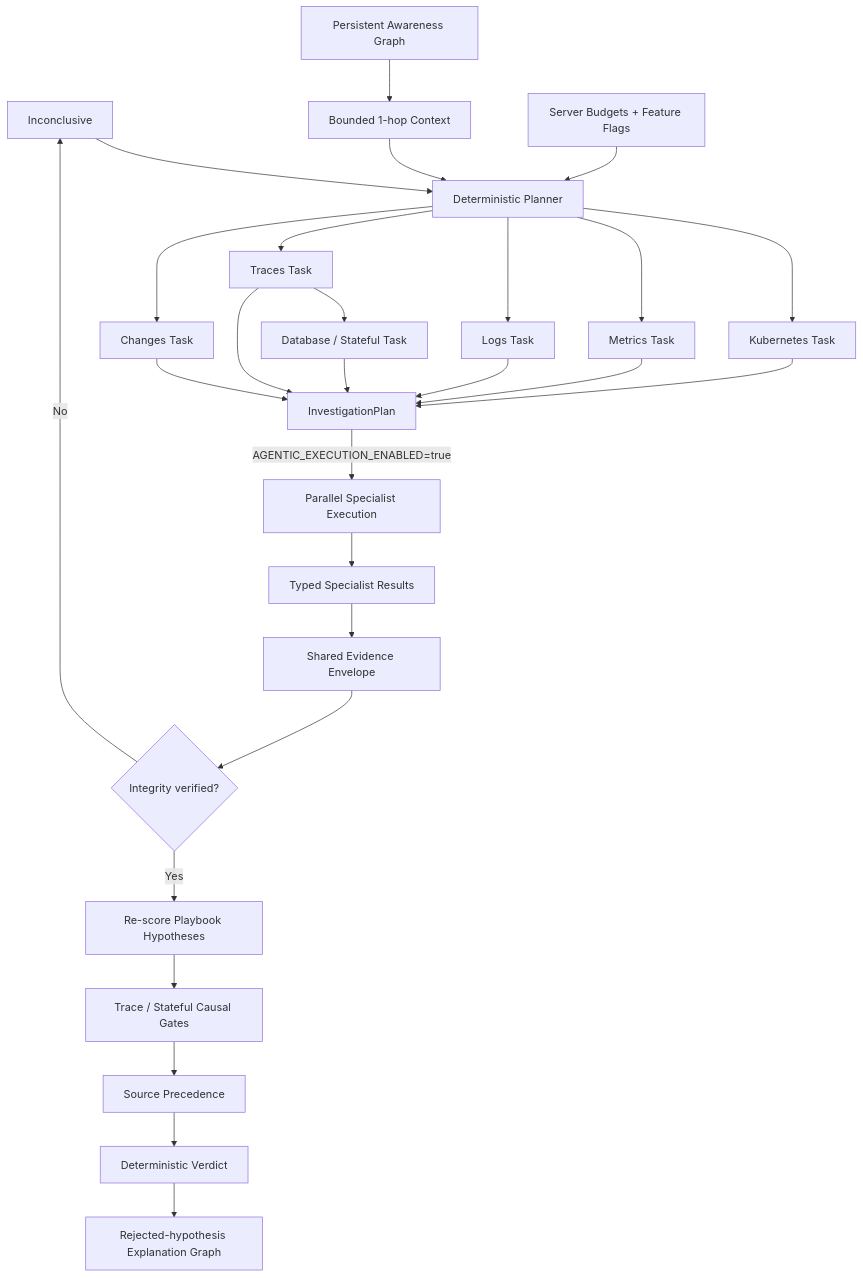
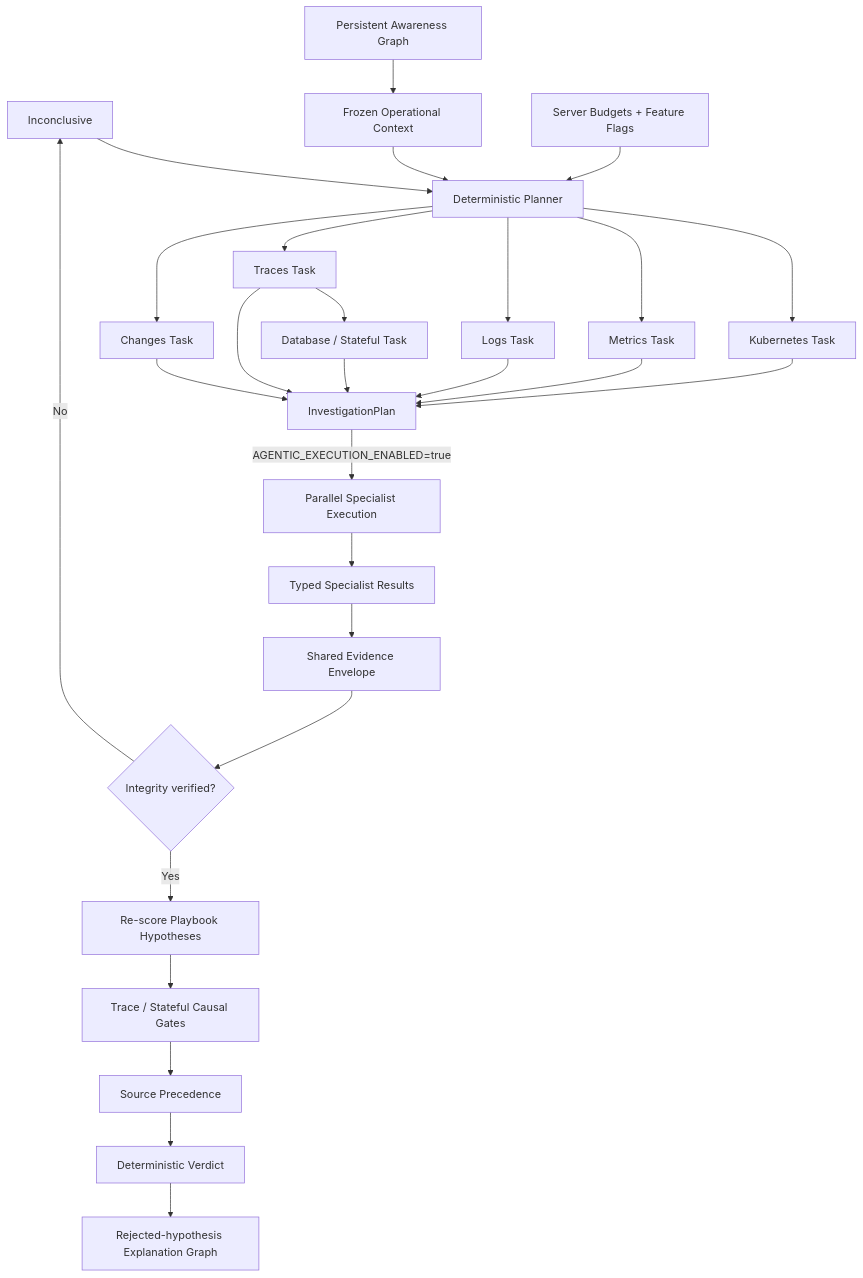
Diagram 24 of 26 in docs/architecture.md (marcocristofolini/ai-sre-rca), drawn with Mermaid before and after one commit. The commit also changed other lines of this file, not shown here.

Commit message:
docs: update bounded planner architecture

````diff
--- a/docs/architecture.md
+++ b/docs/architecture.md
@@ -588,32 +588,32 @@
 ```mermaid
 flowchart TD
     INC[IncidentInput] --> PLAN[Deterministic Planner]
-    PAG[Persistent Awareness Graph] --> CTX[Bounded 1-hop Context]
+    PAG[Persistent Awareness Graph] --> CTX[Frozen Operational Context]
     CTX --> PLAN
     CFG[Server Budgets + Feature Flags] --> PLAN
 
     PLAN --> K[Kubernetes Task]
     PLAN --> M[Metrics Task]
     PLAN --> L[Logs Task]
     PLAN --> T[Traces Task]
     T --> DB[Database / Stateful Task]
     PLAN --> CH[Changes Task]
 
     K --> IP[InvestigationPlan]
     M --> IP
     L --> IP
     T --> IP
     DB --> IP
     CH --> IP
 
     IP -->|AGENTIC_EXECUTION_ENABLED=true| ORCH[Parallel Specialist Execution]
     ORCH --> SR[Typed Specialist Results]
     SR --> ENV[Shared Evidence Envelope]
     ENV --> HASH{Integrity verified?}
     HASH -->|No| INC[Inconclusive]
     HASH -->|Yes| SCORE[Re-score Playbook Hypotheses]
     SCORE --> CAUSAL[Trace / Stateful Causal Gates]
     CAUSAL --> PRE[Source Precedence]
     PRE --> EV[Deterministic Verdict]
     EV --> EX[Rejected-hypothesis Explanation Graph]
 ```
````
